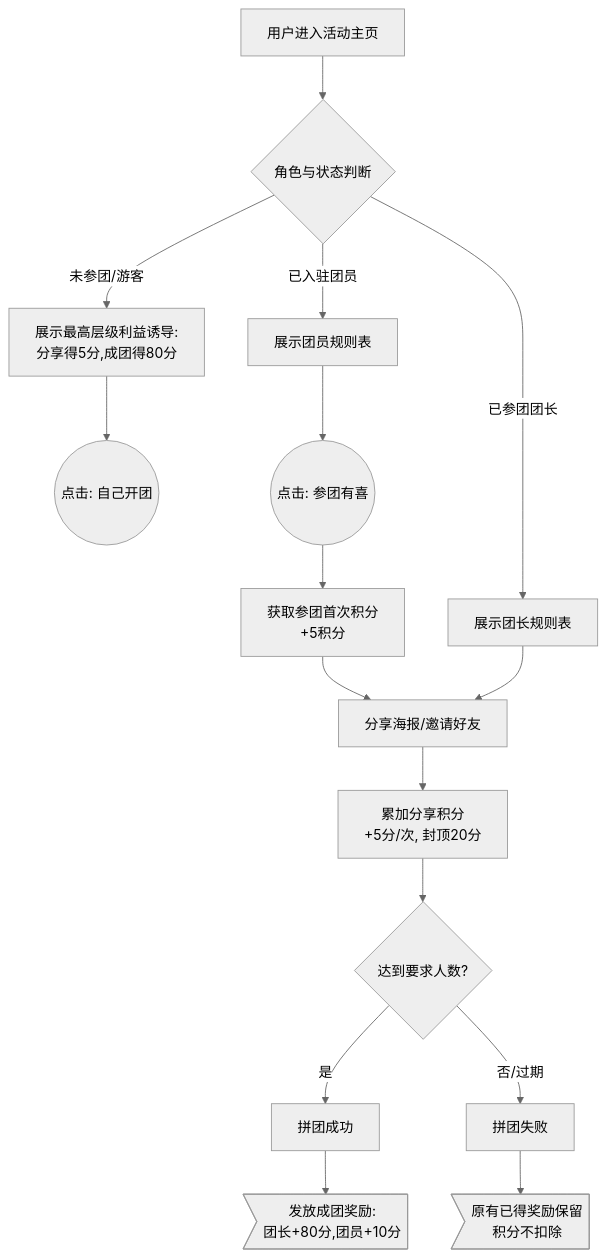
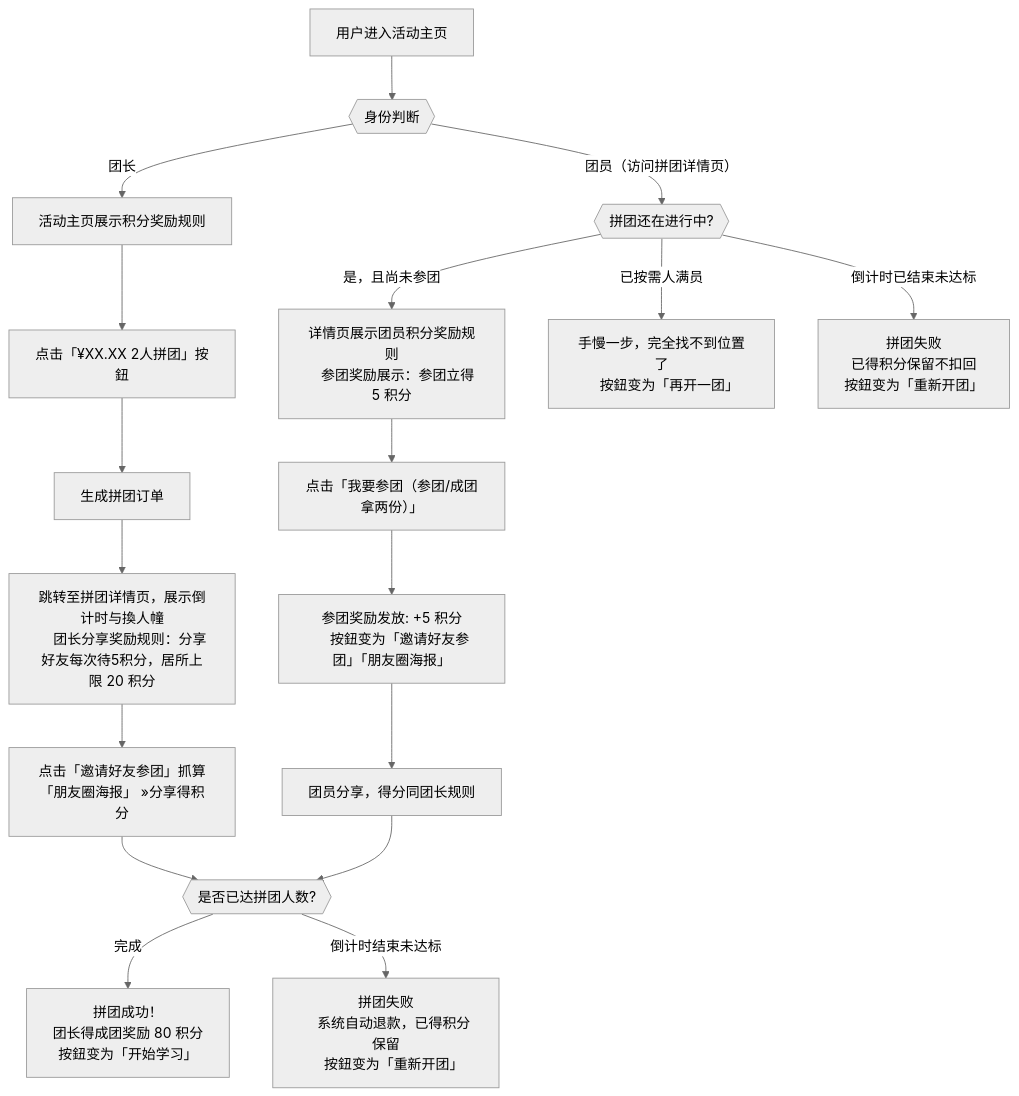
The first of 2 diagrams in docs/projects/small-class/小课堂拼团发积分.md (948979703-a11y/tangtang), drawn with Mermaid (neutral theme) before and after one commit.

Commit message:
docs: 重写业务流程图，分团长/团员双支路，按钮文案准确

````diff
--- a/docs/projects/small-class/小课堂拼团发积分.md
+++ b/docs/projects/small-class/小课堂拼团发积分.md
@@ -41,23 +41,34 @@
 ```mermaid
 graph TD
-    A[用户进入活动主页] --> B{角色与状态判断}
-    B -->|未参团/游客| C[展示最高层级利益诱导:<br>分享得5分,成团得80分]
-    B -->|已参团团长| D[展示团长规则表]
-    B -->|已入驻团员| E[展示团员规则表]
+    A[用户进入活动主页] --> B{{身份判断}}
 
-    C --> F((点击: 自己开团))
-    E --> G((点击: 参团有喜))
-    
-    G --> H[获取参团首次积分<br>+5积分]
-    H --> I[分享海报/邀请好友]
-    I --> J[累加分享积分<br>+5分/次, 封顶20分]
-    
-    D --> I
-    
-    J --> K{达到要求人数?}
-    K -- 是 --> L[拼团成功]
-    K -- 否/过期 --> M[拼团失败]
-    
-    L --> N>发放成团奖励:<br>团长+80分,团员+10分]
-    M --> O>原有已得奖励保留<br>积分不扣除]
+    %% ===== 团长支路 =====
+    B -->|团长| C[活动主页展示积分奖励规则]
+    C --> D["点击「¥XX.XX 2人拼团」按鈕"]
+    D --> E[生成拼团订单]
+    E --> F[跳转至拼团详情页，展示倒计时与換人幢
+    团长分享奖励规则：分享好友每次待5积分，居所上限 20 积分]
+    F --> G["点击「邀请好友参团」抓算「朋友圈海报」 »分享得积分"]
+    G --> H{{是否已达拼团人数?}}
+    H -->|完成| I[拼团成功！
+    团长得成团奖励 80 积分
+    按鈕变为「开始学习」]
+    H -->|倒计时结束未达标| J[拼团失败
+    系统自动退款，已得积分保留
+    按鈕变为「重新开团」]
+
+    %% ===== 团员支路 =====
+    B -->|团员（访问拼团详情页）| K{{拼团还在进行中?}}
+    K -->|是，且尚未参团| L[详情页展示团员积分奖励规则
+    参团奖励展示：参团立得 5 积分]
+    L --> M["点击「我要参团（参团/成团拿两份）」"]
+    M --> N[参团奖励发放: +5 积分
+    按鈕变为「邀请好友参团」「朋友圈海报」]
+    N --> O["团员分享，得分同团长规则"]
+    O --> H
+    K -->|已按需人满员| P[手慢一步，完全找不到位置了
+    按鈕变为「再开一团」]
+    K -->|倒计时已结束未达标| Q[拼团失败
+    已得积分保留不扣回
+    按鈕变为「重新开团」]
 ```
````
